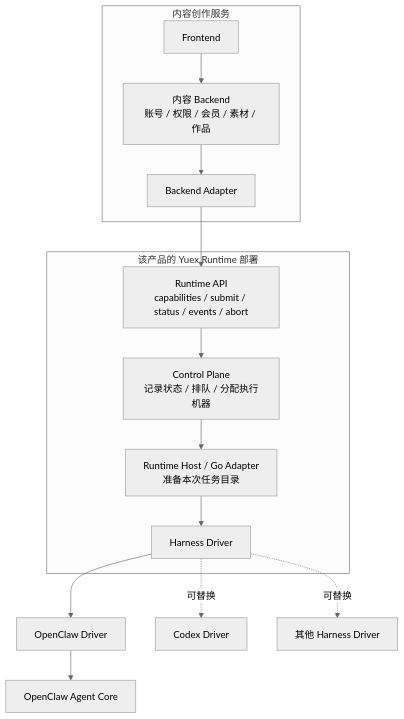
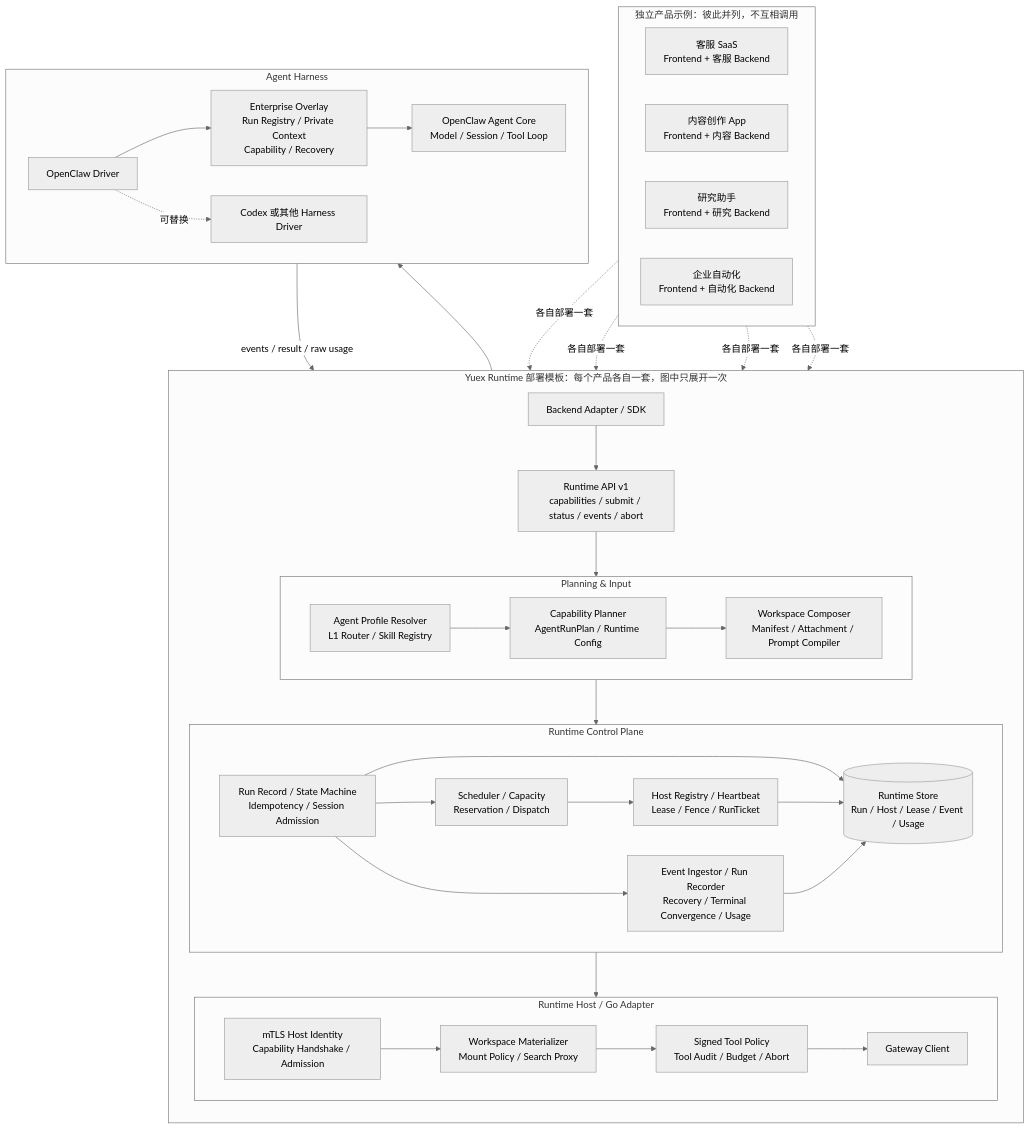
One commit to YMX899/Yuex changed the diagram in README.md. Above: the diagram before and after it, drawn with Mermaid (neutral theme). The commit also changed other lines of this file, not shown here.

Commit message:
docs: expand multi-product runtime architecture

````diff
--- a/README.md
+++ b/README.md
@@ -19,19 +17,69 @@
 ```mermaid
 flowchart TB
-    subgraph Product[内容创作服务]
-        UI[Frontend] --> B[内容 Backend<br/>账号 / 权限 / 会员 / 素材 / 作品]
-        B --> A[Backend Adapter]
+    subgraph Products[独立产品示例：彼此并列，不互相调用]
+        direction LR
+        P1[客服 SaaS<br/>Frontend + 客服 Backend]
+        P2[内容创作 App<br/>Frontend + 内容 Backend]
+        P3[研究助手<br/>Frontend + 研究 Backend]
+        P4[企业自动化<br/>Frontend + 自动化 Backend]
     end
 
-    subgraph Yuex[该产品的 Yuex Runtime 部署]
-        A --> API[Runtime API<br/>capabilities / submit / status / events / abort]
-        API --> CP[Control Plane<br/>记录状态 / 排队 / 分配执行机器]
-        CP --> HOST[Runtime Host / Go Adapter<br/>准备本次任务目录]
-        HOST --> DRIVER[Harness Driver]
+    P1 -. 各自部署一套 .-> ENTRY
+    P2 -. 各自部署一套 .-> ENTRY
+    P3 -. 各自部署一套 .-> ENTRY
+    P4 -. 各自部署一套 .-> ENTRY
+
+    subgraph Yuex[Yuex Runtime 部署模板：每个产品各自一套，图中只展开一次]
+        direction TB
+
+        ENTRY[Backend Adapter / SDK]
+        API[Runtime API v1<br/>capabilities / submit / status / events / abort]
+
+        subgraph Planning[Planning & Input]
+            direction LR
+            CATALOG[Agent Profile Resolver<br/>L1 Router / Skill Registry]
+            PLAN[Capability Planner<br/>AgentRunPlan / Runtime Config]
+            WORKSPACE[Workspace Composer<br/>Manifest / Attachment / Prompt Compiler]
+        end
+
+        subgraph Control[Runtime Control Plane]
+            direction LR
+            RUN[Run Record / State Machine<br/>Idempotency / Session Admission]
+            SCHED[Scheduler / Capacity<br/>Reservation / Dispatch]
+            OWNER[Host Registry / Heartbeat<br/>Lease / Fence / RunTicket]
+            EVENTS[Event Ingestor / Run Recorder<br/>Recovery / Terminal Convergence / Usage]
+            STORE[(Runtime Store<br/>Run / Host / Lease / Event / Usage)]
+        end
+
+        subgraph Host[Runtime Host / Go Adapter]
+            direction LR
+            ADMISSION[mTLS Host Identity<br/>Capability Handshake / Admission]
+            MATERIAL[Workspace Materializer<br/>Mount Policy / Search Proxy]
+            POLICY[Signed Tool Policy<br/>Tool Audit / Budget / Abort]
+            GATEWAY[Gateway Client]
+        end
+
+        ENTRY --> API
+        API --> CATALOG --> PLAN --> WORKSPACE --> RUN
+        RUN --> SCHED --> OWNER --> ADMISSION
+        RUN --> EVENTS
+        RUN --> STORE
+        OWNER --> STORE
+        EVENTS --> STORE
+        ADMISSION --> MATERIAL --> POLICY --> GATEWAY
     end
 
-    DRIVER --> OC[OpenClaw Driver]
-    OC --> CORE[OpenClaw Agent Core]
-    DRIVER -. 可替换 .-> CX[Codex Driver]
-    DRIVER -. 可替换 .-> OTHER[其他 Harness Driver]
+    subgraph Harness[Agent Harness]
+        direction LR
+        DRIVER[OpenClaw Driver]
+        OVERLAY[Enterprise Overlay<br/>Run Registry / Private Context<br/>Capability / Recovery]
+        CORE[OpenClaw Agent Core<br/>Model / Session / Tool Loop]
+        CODEX[Codex 或其他 Harness Driver]
+
+        DRIVER --> OVERLAY --> CORE
+        DRIVER -. 可替换 .-> CODEX
+    end
+
+    GATEWAY --> DRIVER
+    CORE -->|events / result / raw usage| EVENTS
 ```
````
